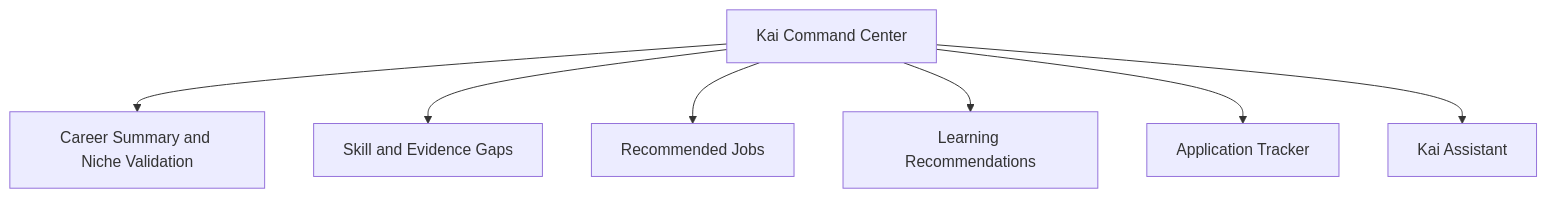
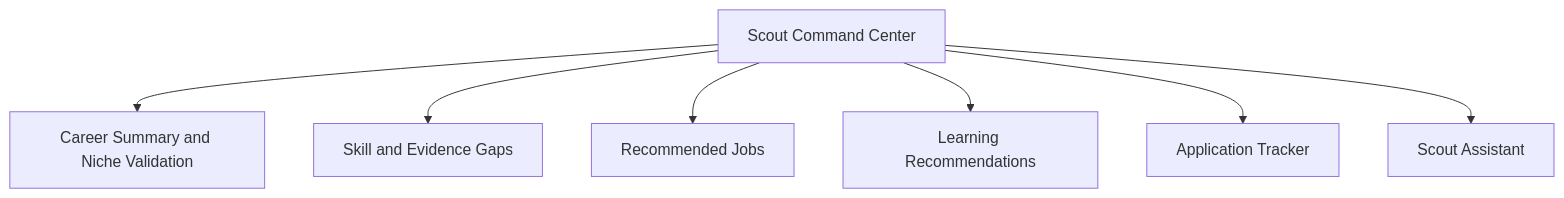
One commit to Mirzzie/Fadi changed the second of 6 diagrams in docs/MVP_USER_JOURNEYS.md. Above: the diagram before and after it, drawn with Mermaid. The commit also changed other lines of this file and 142 other files, not shown here.

First line of the commit message:
feat!: rename Kai → Scout — the agent that finds what's ahead of you

````diff
--- a/docs/MVP_USER_JOURNEYS.md
+++ b/docs/MVP_USER_JOURNEYS.md
@@ -51,9 +51,9 @@
 ```mermaid
 flowchart TD
-    Dashboard[Kai Command Center] --> Summary[Career Summary and Niche Validation]
+    Dashboard[Scout Command Center] --> Summary[Career Summary and Niche Validation]
     Dashboard --> Gaps[Skill and Evidence Gaps]
     Dashboard --> Jobs[Recommended Jobs]
     Dashboard --> Learning[Learning Recommendations]
     Dashboard --> Apps[Application Tracker]
-    Dashboard --> Assistant[Kai Assistant]
+    Dashboard --> Assistant[Scout Assistant]
 ```
````
